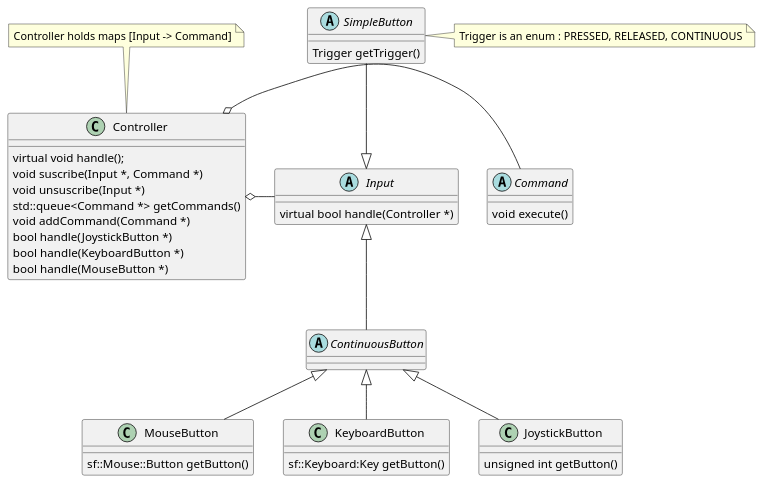
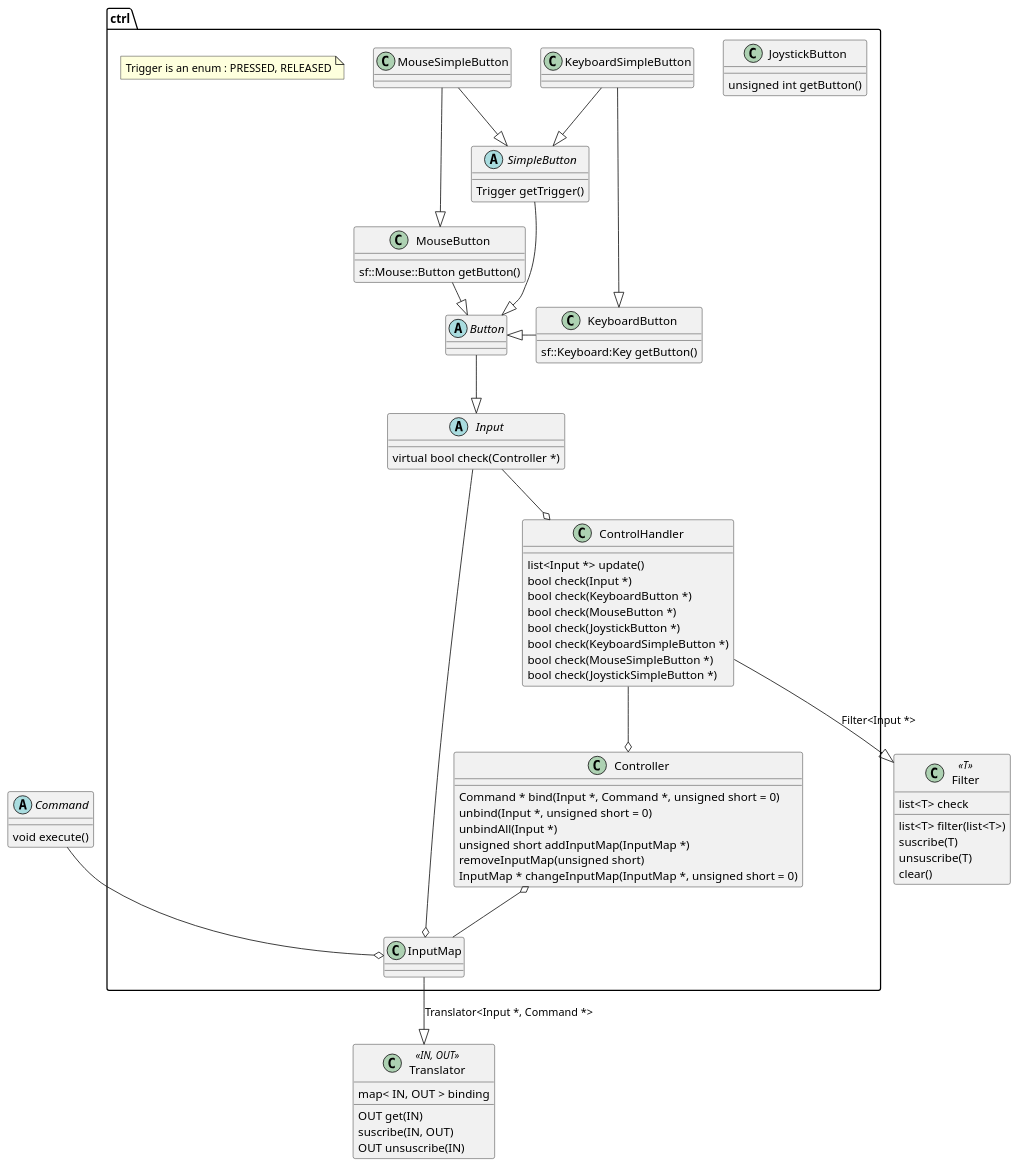
One commit to Pixotters/FROG changed the diagram in docs/diagrams/inputs_class.pu. Above: the diagram before and after it, drawn with PlantUML.

Commit message:
updated inputs class diagram

```diff
--- a/docs/diagrams/inputs_class.pu
+++ b/docs/diagrams/inputs_class.pu
@@ -1,56 +1,95 @@
 @startuml
 
-abstract class Input{
-         virtual bool handle(Controller *)
+
+abstract class Command{
+      void execute()
 }
 
-abstract class ContinuousButton
+
+class Filter << T >>{
+list<T> check
+list<T> filter(list<T>)
+suscribe(T)
+unsuscribe(T)
+clear()
+}
+
+class Translator << IN, OUT >>{
+map< IN, OUT > binding
+OUT get(IN)
+suscribe(IN, OUT)
+OUT unsuscribe(IN)
+}
+
+package ctrl{
+
+abstract class Input{
+         virtual bool check(Controller *)
+}
+
+abstract class Button
 
 abstract class SimpleButton{
       Trigger getTrigger()
 }
 
 class MouseButton{
       sf::Mouse::Button getButton()
 }
 
 class KeyboardButton{
       sf::Keyboard:Key getButton()
 }
 
 class JoystickButton{
       unsigned int getButton()
 }
 
-abstract class Command{
-      void execute()
+
+class ControlHandler{
+      list<Input *> update()
+      bool check(Input *)
+      bool check(KeyboardButton *)
+      bool check(MouseButton *)
+      bool check(JoystickButton *)
+      bool check(KeyboardSimpleButton *)
+      bool check(MouseSimpleButton *)
+      bool check(JoystickSimpleButton *)
 }
 
 class Controller{
-virtual void handle();
-void suscribe(Input *, Command *)
-void unsuscribe(Input *)
-std::queue<Command *> getCommands()
-void addCommand(Command *)
-bool handle(JoystickButton *)
-bool handle(KeyboardButton *)
-bool handle(MouseButton *)
+Command * bind(Input *, Command *, unsigned short = 0)
+unbind(Input *, unsigned short = 0)
+unbindAll(Input *)
+unsigned short addInputMap(InputMap *)
+removeInputMap(unsigned short)
+InputMap * changeInputMap(InputMap *, unsigned short = 0)
+}
+
+Button --|> Input
+SimpleButton --|> Button
+'JoystickButton -up-|> Button
+KeyboardButton -left-|> Button
+MouseButton -right-|> Button
+'JoystickSimpleButton --|> JoystickButton
+KeyboardSimpleButton --|> KeyboardButton
+MouseSimpleButton --|> MouseButton
+'JoystickSimpleButton --|> SimpleButton
+KeyboardSimpleButton --|> SimpleButton
+MouseSimpleButton --|> SimpleButton
+
+Input --o ControlHandler
+ControlHandler --o Controller
+Controller o-- InputMap
+Input --o InputMap
+Command --o InputMap
+
+note "Trigger is an enum : PRESSED, RELEASED" as tr
+'tr .left. SimpleButton
 
 }
 
-SimpleButton -down-|> Input
-ContinuousButton -up-|> Input
-JoystickButton -up-|> ContinuousButton
-KeyboardButton -up-|> ContinuousButton
-MouseButton -up-|> ContinuousButton
-
-Input -left-o Controller
-Controller o-right- Command
-
-note "Trigger is an enum : PRESSED, RELEASED, CONTINUOUS" as tr
-tr .left. SimpleButton
-
-note "Controller holds maps [Input -> Command]" as map
-map .. Controller
+ControlHandler --|> Filter : Filter<Input *>
+InputMap --|> Translator : Translator<Input *, Command *>
 
 @enduml
```
